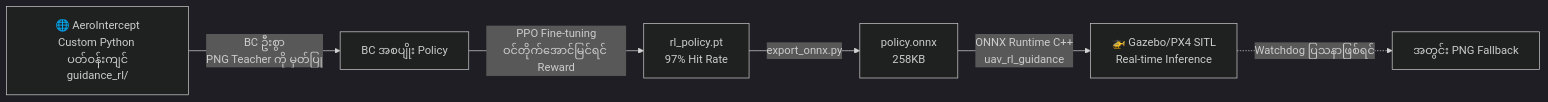
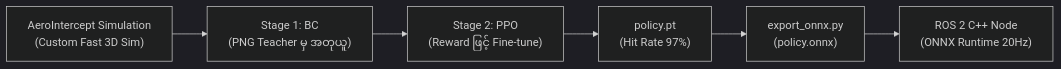
The third of 5 diagrams in analysis_myanmar.md (ROM-robotics/Autonomous-Intercept-Drone), drawn with Mermaid (dark theme) before and after one commit. The commit also changed other lines of this file and 4 other files, not shown here.

````diff
--- a/analysis_myanmar.md
+++ b/analysis_myanmar.md
@@ -162,8 +126,8 @@
 ```mermaid
 flowchart LR
-    A["🌐 AeroIntercept\nCustom Python ပတ်ဝန်းကျင်\nguidance_rl/"] -->|"BC ဦးစွာ\nPNG Teacher ကို မှတ်ပြု"| B["BC အစပျိုး Policy"]
-    B -->|"PPO Fine-tuning\nဝင်တိုက်အောင်မြင်ရင် Reward"| C["rl_policy.pt\n97% Hit Rate"]
-    C -->|"export_onnx.py"| D["policy.onnx\n258KB"]
-    D -->|"ONNX Runtime C++\nuav_rl_guidance"| E["🚁 Gazebo/PX4 SITL\nReal-time Inference"]
-    E -.->|"Watchdog ပြသနာဖြစ်ရင်"| F["အတွင်း PNG Fallback"]
+    A["AeroIntercept Simulation\n(Custom Fast 3D Sim)"] --> B["Stage 1: BC\n(PNG Teacher မှ အတုယူ)"]
+    B --> C["Stage 2: PPO\n(Reward ဖြင့် Fine-tune)"]
+    C --> D["policy.pt\n(Hit Rate 97%)"]
+    D --> E["export_onnx.py\n(policy.onnx)"]
+    E --> F["ROS 2 C++ Node\n(ONNX Runtime 20Hz)"]
 ```
````
